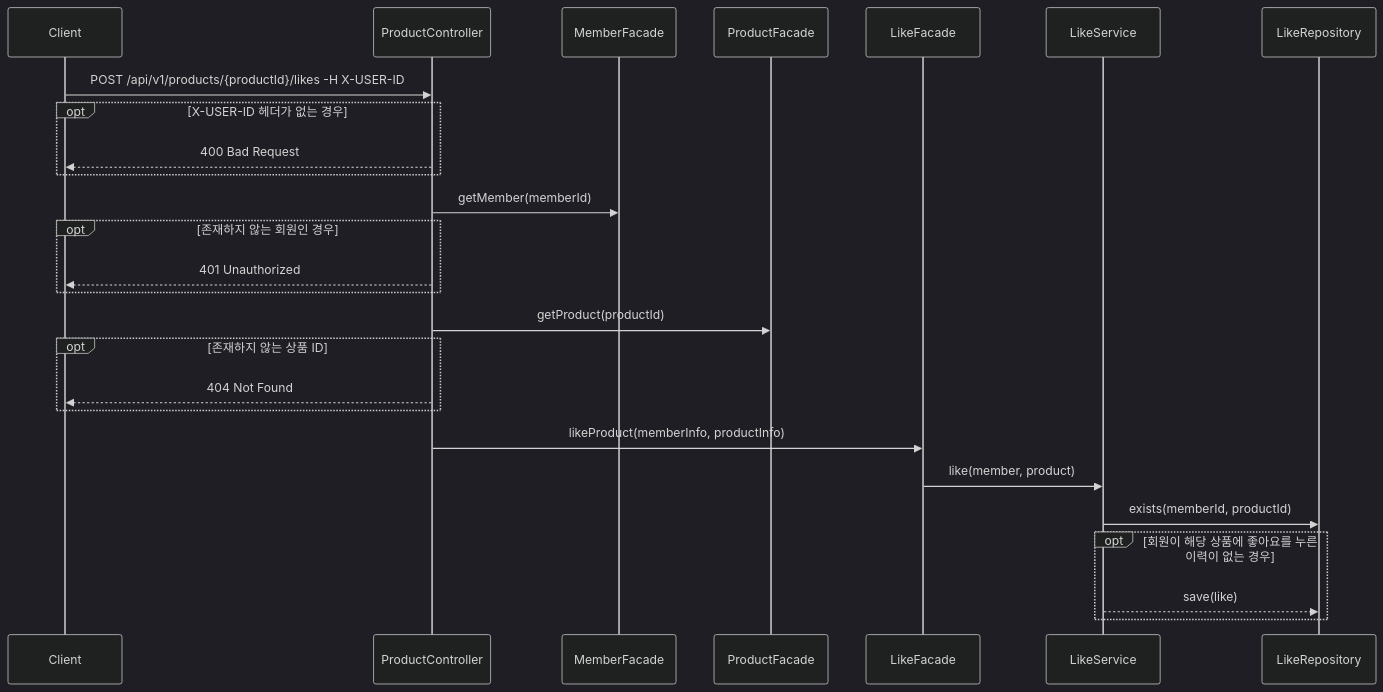
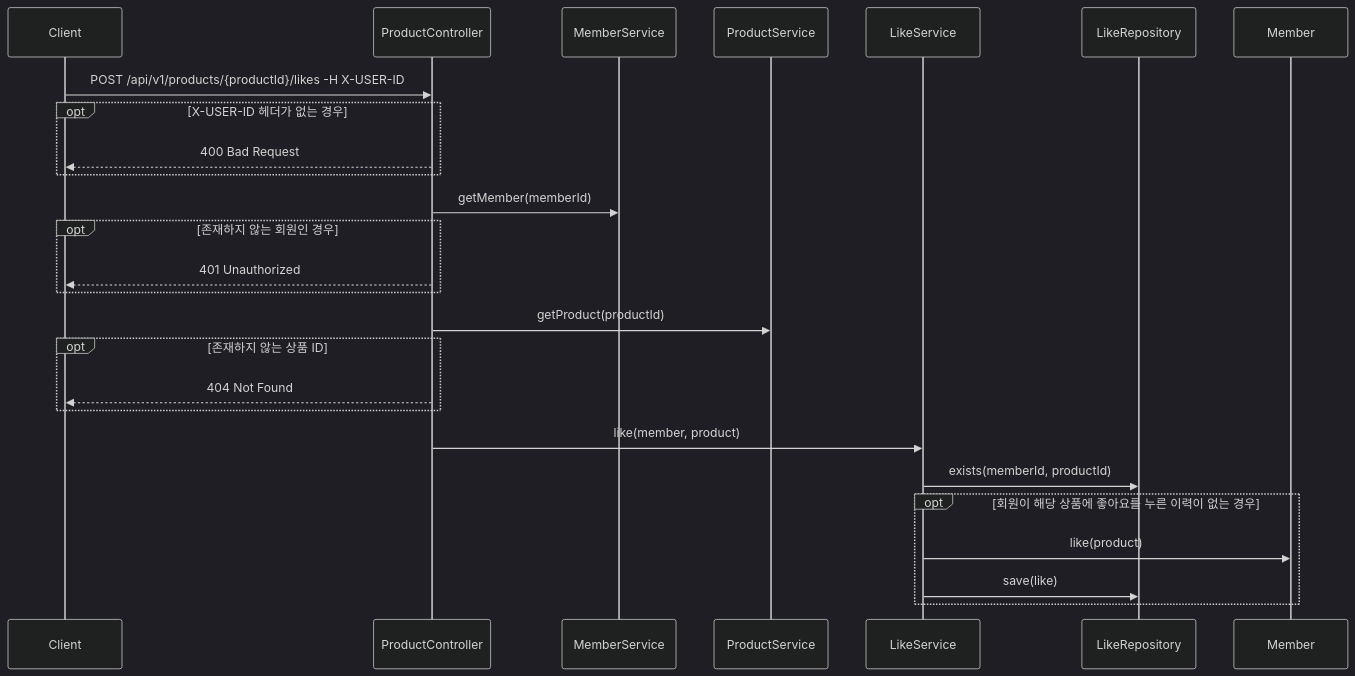
Before and after one commit to dhgu-dev/e-commerce: the fourth of 9 diagrams in docs/design/02-sequence-diagrams.md, drawn with Mermaid (dark theme). The commit also changed other lines of this file and 1 other file, not shown here.

First line of the commit message:
docs: 클래스 다이어그램 작성 (#9)

````diff
--- a/docs/design/02-sequence-diagrams.md
+++ b/docs/design/02-sequence-diagrams.md
@@ -96,29 +97,29 @@
 ```mermaid
 sequenceDiagram
     participant Client
     participant ProductController
-    participant MemberFacade
-    participant ProductFacade
-    participant LikeFacade
+    participant MemberService
+    participant ProductService
     participant LikeService
     participant LikeRepository
+    participant Member
 
     Client->>ProductController: POST /api/v1/products/{productId}/likes -H X-USER-ID
     opt X-USER-ID 헤더가 없는 경우
         ProductController-->>Client: 400 Bad Request
     end
-    ProductController->>MemberFacade: getMember(memberId)
+    ProductController->>MemberService: getMember(memberId)
     opt 존재하지 않는 회원인 경우 
         ProductController-->>Client: 401 Unauthorized
     end
-    ProductController->>ProductFacade: getProduct(productId)
+    ProductController->>ProductService: getProduct(productId)
     opt 존재하지 않는 상품 ID
         ProductController-->>Client: 404 Not Found
     end
-    ProductController->>LikeFacade: likeProduct(memberInfo, productInfo)
-    LikeFacade->>LikeService: like(member, product)
+    ProductController->>LikeService: like(member, product)
     LikeService->>LikeRepository: exists(memberId, productId)
     opt 회원이 해당 상품에 좋아요를 누른 이력이 없는 경우 
-        LikeService-->>LikeRepository: save(like)
+        LikeService->>Member: like(product)
+        LikeService->>LikeRepository: save(like)
     end
 ```
````
